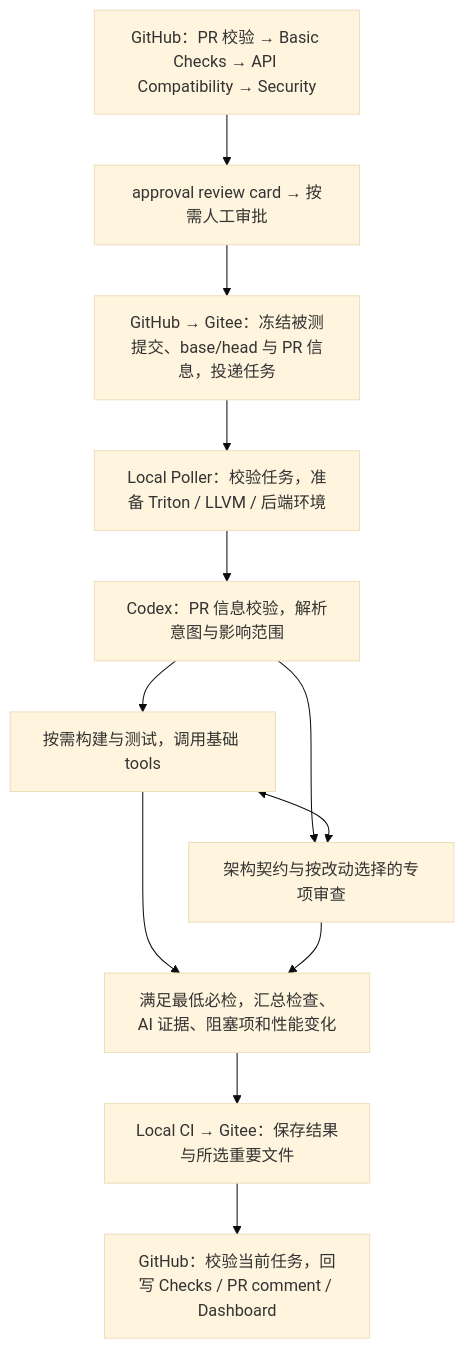
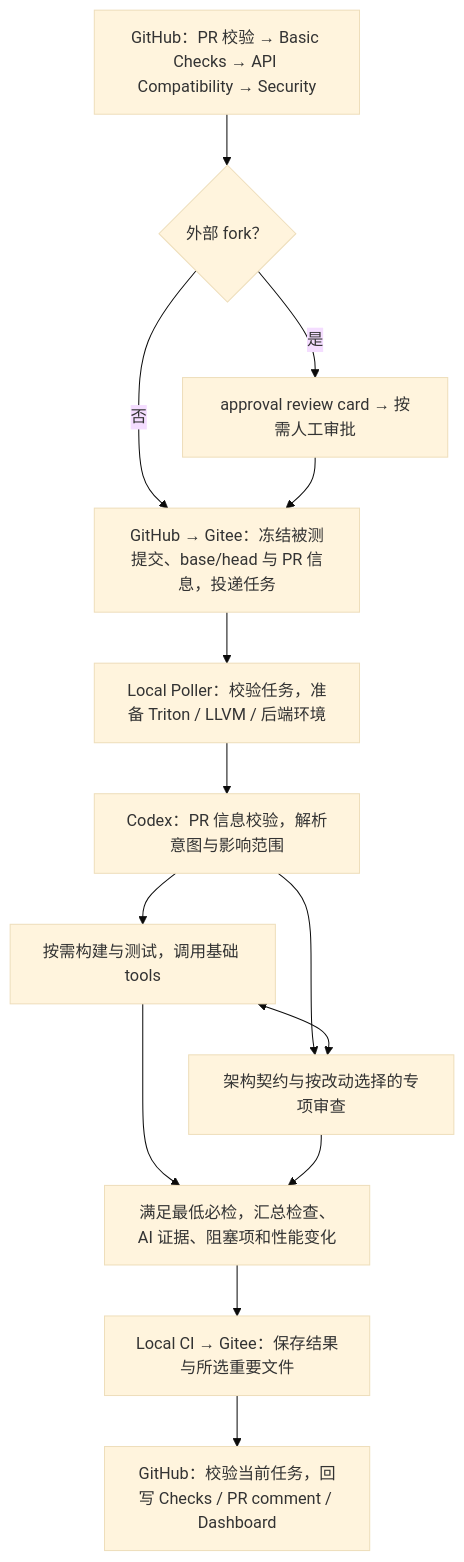
Before and after one commit to likehupochuan/triton-anchor: the diagram in scripts/local_ci/README.md, drawn with Mermaid (base theme). The commit also changed other lines of this file and 7 other files, not shown here.

````diff
--- a/scripts/local_ci/README.md
+++ b/scripts/local_ci/README.md
@@ -8,14 +8,16 @@
 ```mermaid
 flowchart TD
-  A[GitHub：PR 校验 → Basic Checks → API Compatibility → Security] --> B[approval review card → 按需人工审批]
-  B --> C[GitHub → Gitee：冻结被测提交、base/head 与 PR 信息，投递任务]
+  A[GitHub：PR 校验 → Basic Checks → API Compatibility → Security] --> B{外部 fork？}
+  B -- 否 --> C[GitHub → Gitee：冻结被测提交、base/head 与 PR 信息，投递任务]
+  B -- 是 --> R[approval review card → 按需人工审批]
+  R --> C
   C --> D[Local Poller：校验任务，准备 Triton / LLVM / 后端环境]
   D --> E[Codex：PR 信息校验，解析意图与影响范围]
   E --> F[按需构建与测试，调用基础 tools]
   E --> G[架构契约与按改动选择的专项审查]
   F <--> G
   F --> H[满足最低必检，汇总检查、AI 证据、阻塞项和性能变化]
   G --> H
   H --> I[Local CI → Gitee：保存结果与所选重要文件]
   I --> J[GitHub：校验当前任务，回写 Checks / PR comment / Dashboard]
 ```
````
